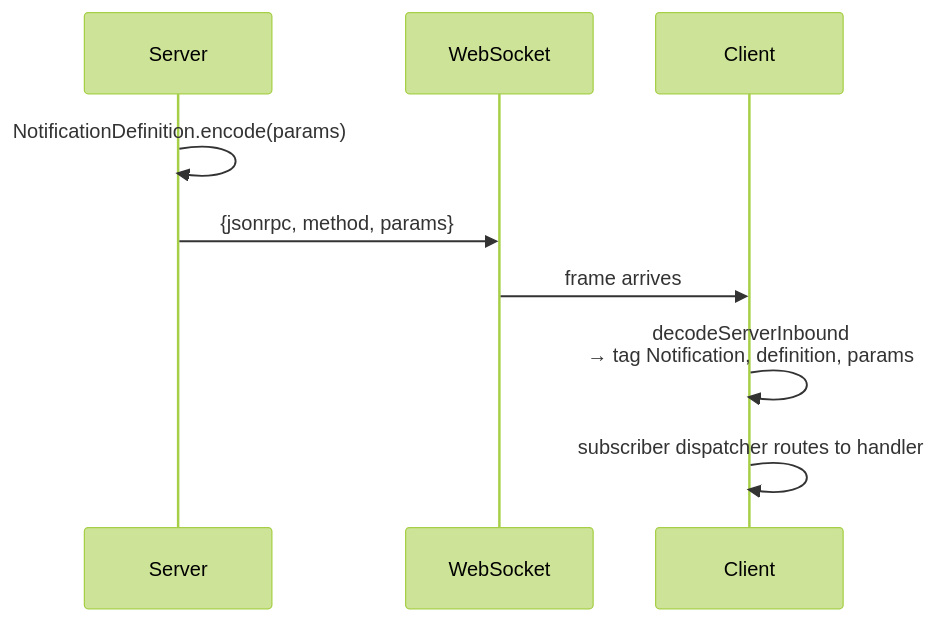
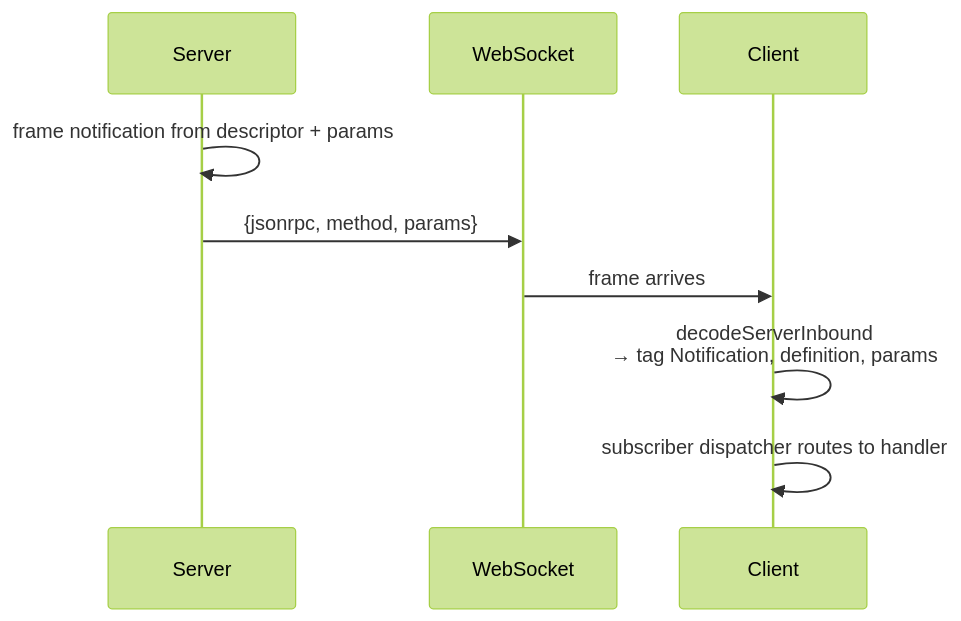
One commit to chughtapan/moltzap changed the third of 3 diagrams in packages/protocol/src/transport/MODULE.md. Above: the diagram before and after it, drawn with Mermaid (forest theme). The commit also changed other lines of this file and 12 other files, not shown here.

````diff
--- a/packages/protocol/src/transport/MODULE.md
+++ b/packages/protocol/src/transport/MODULE.md
@@ -779,11 +781,11 @@
 ```mermaid
 sequenceDiagram
   participant Server
   participant Wire as WebSocket
   participant Client
-  Server->>Server: NotificationDefinition.encode(params)
+  Server->>Server: frame notification from descriptor + params
   Server->>Wire: {jsonrpc, method, params}
   Wire->>Client: frame arrives
   Client->>Client: decodeServerInbound<br>→ tag Notification, definition, params
   Client->>Client: subscriber dispatcher routes to handler
 ```
````
